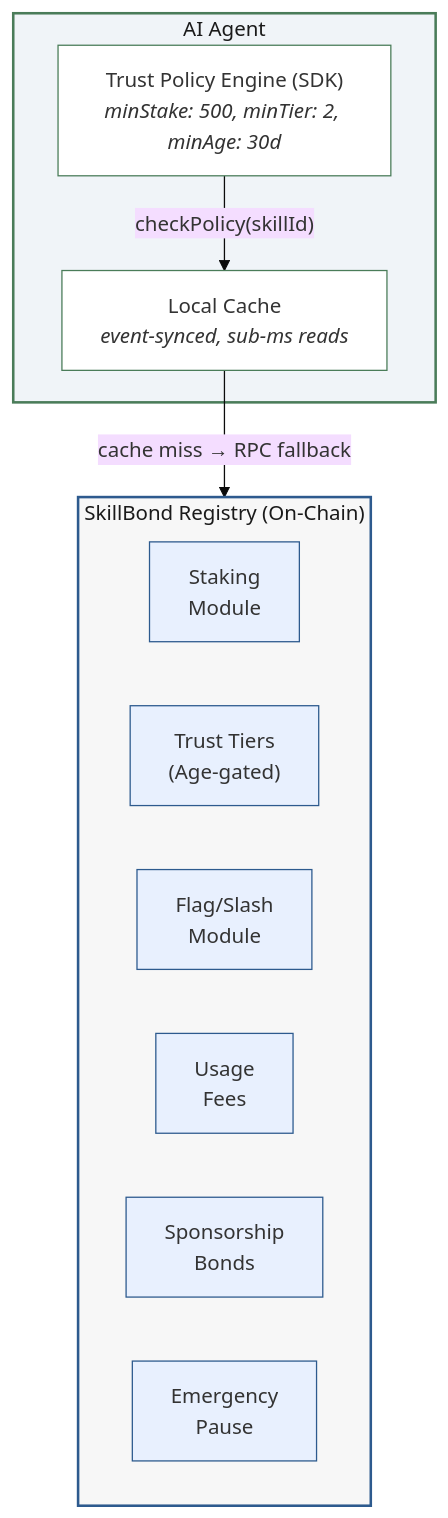
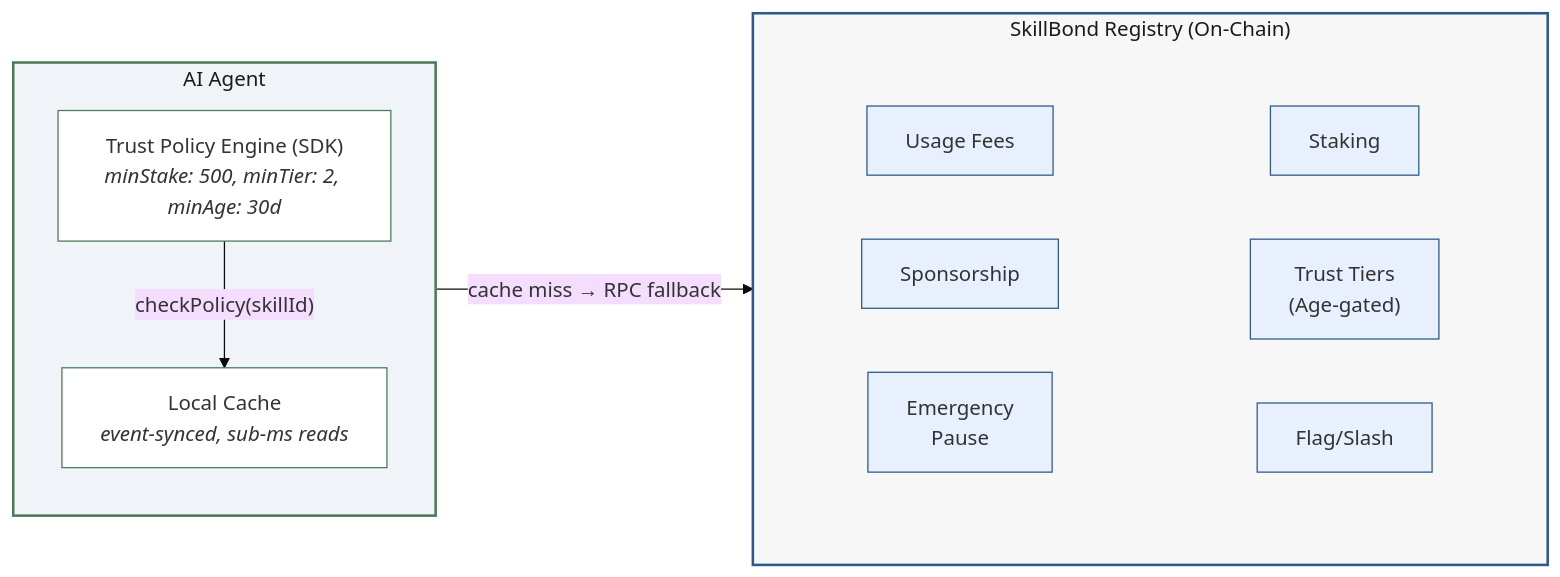
One commit to sattip/skillbond-protocol changed the diagram in paper/figures/architecture.mmd. Above: the diagram before and after it, drawn with Mermaid (base theme). The commit also changed 2 other files, not shown here.

Commit message:
Fix architecture diagram cropping — switch to horizontal layout

```diff
--- a/paper/figures/architecture.mmd
+++ b/paper/figures/architecture.mmd
@@ -1,28 +1,38 @@
-graph TB
+graph LR
     subgraph agent["AI Agent"]
+        direction TB
         policy["Trust Policy Engine (SDK)<br/><i>minStake: 500, minTier: 2, minAge: 30d</i>"]
         cache["Local Cache<br/><i>event-synced, sub-ms reads</i>"]
         policy -->|"checkPolicy(skillId)"| cache
     end
 
     subgraph registry["SkillBond Registry (On-Chain)"]
-        staking["Staking<br/>Module"]
-        tiers["Trust Tiers<br/>(Age-gated)"]
-        flagslash["Flag/Slash<br/>Module"]
-        fees["Usage<br/>Fees"]
-        sponsor["Sponsorship<br/>Bonds"]
-        pause["Emergency<br/>Pause"]
+        direction TB
+        subgraph row1[" "]
+            direction LR
+            staking["Staking"]
+            tiers["Trust Tiers<br/>(Age-gated)"]
+            flagslash["Flag/Slash"]
+        end
+        subgraph row2[" "]
+            direction LR
+            fees["Usage Fees"]
+            sponsor["Sponsorship"]
+            pause["Emergency<br/>Pause"]
+        end
     end
 
     cache -->|"cache miss → RPC fallback"| registry
 
     style agent fill:#f0f4f8,stroke:#4a7c59,stroke-width:2px,color:#1a1a1a
     style registry fill:#f7f7f7,stroke:#2d5a8e,stroke-width:2px,color:#1a1a1a
     style policy fill:#fff,stroke:#4a7c59,stroke-width:1px
     style cache fill:#fff,stroke:#4a7c59,stroke-width:1px
     style staking fill:#e8f0fe,stroke:#2d5a8e,stroke-width:1px
     style tiers fill:#e8f0fe,stroke:#2d5a8e,stroke-width:1px
     style flagslash fill:#e8f0fe,stroke:#2d5a8e,stroke-width:1px
     style fees fill:#e8f0fe,stroke:#2d5a8e,stroke-width:1px
     style sponsor fill:#e8f0fe,stroke:#2d5a8e,stroke-width:1px
     style pause fill:#e8f0fe,stroke:#2d5a8e,stroke-width:1px
+    style row1 fill:none,stroke:none
+    style row2 fill:none,stroke:none
```
